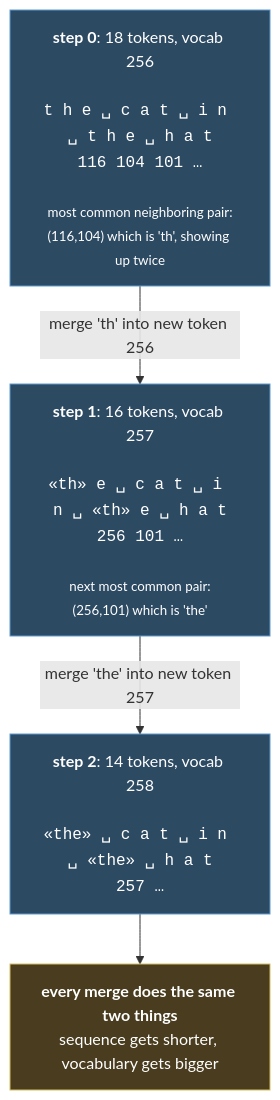
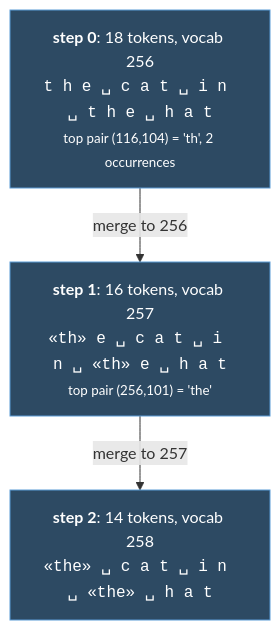
One commit to yaojiejia/mynotes changed the diagram in mynotes/cs336/1. Tokenization.md. Above: the diagram before and after it, drawn with Mermaid. The commit also changed other lines of this file and 5 other files, not shown here.

````diff
--- a/mynotes/cs336/1. Tokenization.md
+++ b/mynotes/cs336/1. Tokenization.md
@@ -331,16 +90,11 @@
 ```mermaid
 flowchart TB
-    S0["<b>step 0</b>: 18 tokens, vocab 256<br/><br/><code>t h e ␣ c a t ␣ i n ␣ t h e ␣ h a t</code><br/><code>116 104 101 …</code><br/><br/><small>most common neighboring pair:<br/>(116,104) which is 'th', showing up twice</small>"]
-    S1["<b>step 1</b>: 16 tokens, vocab 257<br/><br/><code>«th» e ␣ c a t ␣ i n ␣ «th» e ␣ h a t</code><br/><code>256 101 …</code><br/><br/><small>next most common pair:<br/>(256,101) which is 'the'</small>"]
-    S2["<b>step 2</b>: 14 tokens, vocab 258<br/><br/><code>«the» ␣ c a t ␣ i n ␣ «the» ␣ h a t</code><br/><code>257 …</code>"]
-    R["<b>every merge does the same two things</b><br/>sequence gets shorter, vocabulary gets bigger"]
-
-    S0 -->|"merge 'th' into new token 256"| S1
-    S1 -->|"merge 'the' into new token 257"| S2
-    S2 --> R
+    S0["<b>step 0</b>: 18 tokens, vocab 256<br/><code>t h e ␣ c a t ␣ i n ␣ t h e ␣ h a t</code><br/><small>top pair (116,104) = 'th', 2 occurrences</small>"]
+    S1["<b>step 1</b>: 16 tokens, vocab 257<br/><code>«th» e ␣ c a t ␣ i n ␣ «th» e ␣ h a t</code><br/><small>top pair (256,101) = 'the'</small>"]
+    S2["<b>step 2</b>: 14 tokens, vocab 258<br/><code>«the» ␣ c a t ␣ i n ␣ «the» ␣ h a t</code>"]
+    S0 -->|"merge to 256"| S1 -->|"merge to 257"| S2
 
     style S0 fill:#2d4a63,stroke:#5b9bd5,color:#fff
     style S1 fill:#2d4a63,stroke:#5b9bd5,color:#fff
     style S2 fill:#2d4a63,stroke:#5b9bd5,color:#fff
-    style R fill:#4a3d1f,stroke:#d5bd5b,color:#fff
 ```
````
